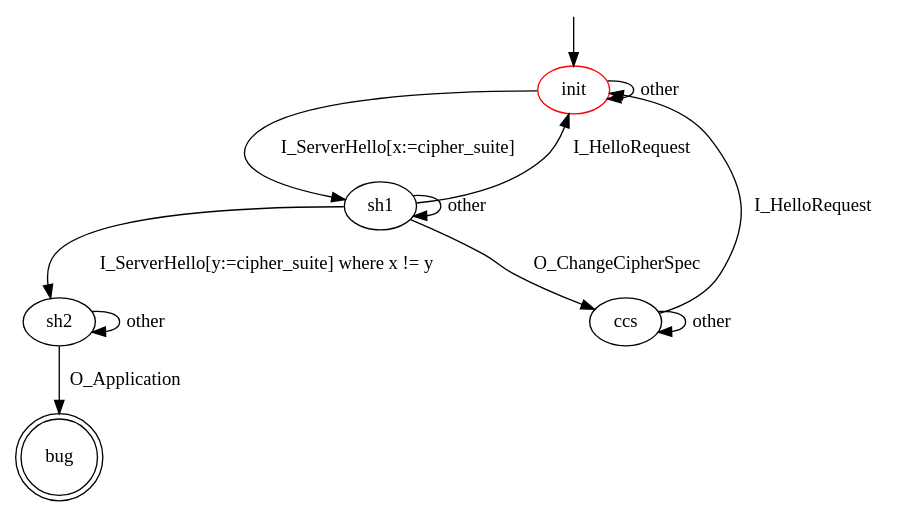
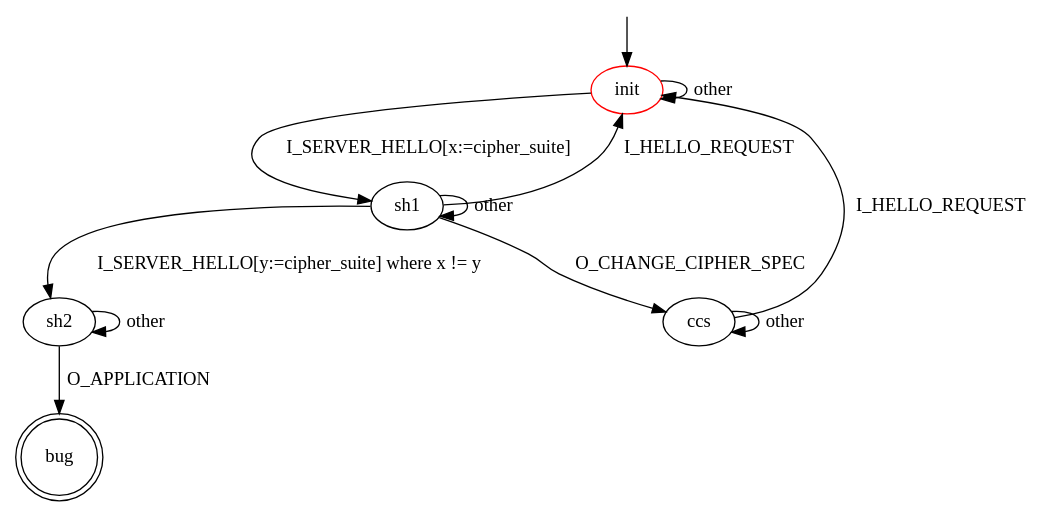
The diagram in src/main/resources/patterns/dtls/client/parametric/switching_cipher_suite.dot (assist-project/state-machine-bug-finder), drawn with Graphviz before and after one commit. The commit also changed 53 other files, not shown here.

```diff
--- a/src/main/resources/patterns/dtls/client/parametric/switching_cipher_suite.dot
+++ b/src/main/resources/patterns/dtls/client/parametric/switching_cipher_suite.dot
@@ -1,22 +1,22 @@
 digraph G {
 label=""
 init [color="red"]
 bug [shape="doublecircle"]
 
-init -> sh1 [label="I_ServerHello[x:=cipher_suite]"]
+init -> sh1 [label="I_SERVER_HELLO[x:=cipher_suite]"]
 init -> init [label="other"]
 
-sh1 -> sh2 [label="I_ServerHello[y:=cipher_suite] where x != y"]
-sh1 -> init [label="I_HelloRequest"]
-sh1 -> ccs [label="O_ChangeCipherSpec"]
+sh1 -> sh2 [label="I_SERVER_HELLO[y:=cipher_suite] where x != y"]
+sh1 -> init [label="I_HELLO_REQUEST"]
+sh1 -> ccs [label="O_CHANGE_CIPHER_SPEC"]
 sh1 -> sh1 [label="other"]
 
-sh2 -> bug [label="O_Application"]
+sh2 -> bug [label="O_APPLICATION"]
 sh2 -> sh2 [label="other"]
 
-ccs -> init [label="I_HelloRequest"]
+ccs -> init [label="I_HELLO_REQUEST"]
 ccs -> ccs [label="other"]
 
 __start0 [label="" shape="none" width="0" height="0"];
 __start0 -> init;
 }
```
